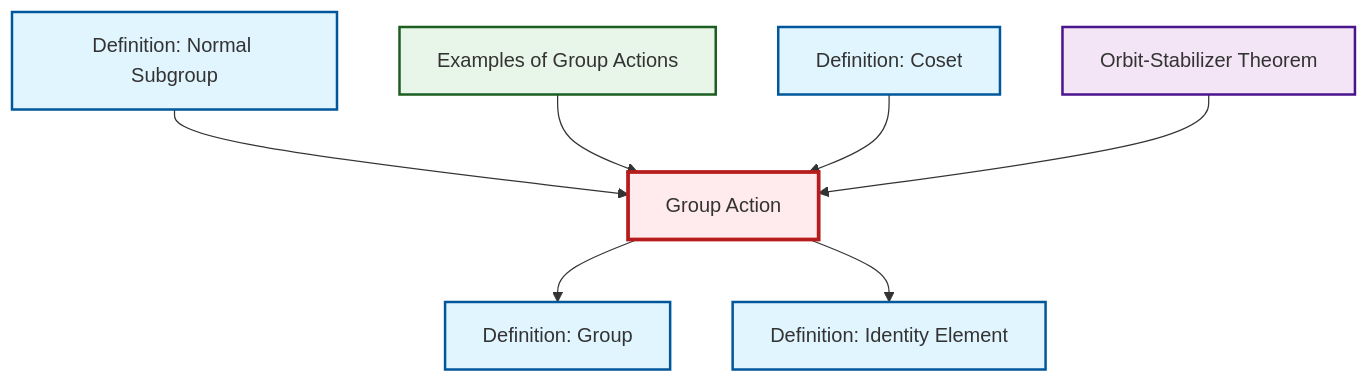
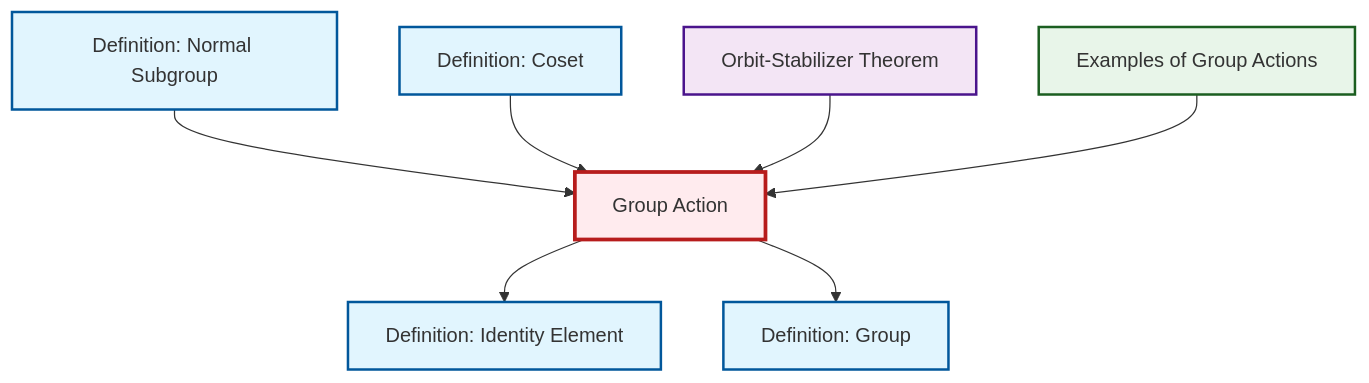
One commit to RK0429/ModernMath changed the diagram in content/en/algebra/def-group-action.qmd. Above: the diagram before and after it, drawn with Mermaid. The commit also changed other lines of this file and 531 other files, not shown here.

````diff
--- a/content/en/algebra/def-group-action.qmd
+++ b/content/en/algebra/def-group-action.qmd
@@ -60,29 +60,29 @@
 ```{mermaid}
 %%| fig-cap: "Local dependency graph"
 graph TD
     classDef definition fill:#e1f5fe,stroke:#01579b,stroke-width:2px
     classDef theorem fill:#f3e5f5,stroke:#4a148c,stroke-width:2px
     classDef axiom fill:#fff3e0,stroke:#e65100,stroke-width:2px
     classDef example fill:#e8f5e9,stroke:#1b5e20,stroke-width:2px
     classDef current fill:#ffebee,stroke:#b71c1c,stroke-width:3px
+    ex-group-action-examples["Examples of Group Actions"]:::example
+    thm-orbit-stabilizer["Orbit-Stabilizer Theorem"]:::theorem
+    def-group["Definition: Group"]:::definition
     def-normal-subgroup["Definition: Normal Subgroup"]:::definition
-    thm-orbit-stabilizer["Orbit-Stabilizer Theorem"]:::theorem
+    def-identity-element["Definition: Identity Element"]:::definition
     def-coset["Definition: Coset"]:::definition
-    def-identity-element["Definition: Identity Element"]:::definition
-    def-group["Definition: Group"]:::definition
     def-group-action["Group Action"]:::definition
-    ex-group-action-examples["Examples of Group Actions"]:::example
-    def-group-action --> def-group
     def-group-action --> def-identity-element
     def-normal-subgroup --> def-group-action
-    ex-group-action-examples --> def-group-action
     def-coset --> def-group-action
     thm-orbit-stabilizer --> def-group-action
+    ex-group-action-examples --> def-group-action
+    def-group-action --> def-group
     class def-group-action current
+    click ex-group-action-examples "ex-group-action-examples.html" "Go to Examples of Group Actions"
+    click thm-orbit-stabilizer "thm-orbit-stabilizer.html" "Go to Orbit-Stabilizer Theorem"
+    click def-group "def-group.html" "Go to Group definition"
     click def-normal-subgroup "def-normal-subgroup.html" "Go to Normal Subgroup definition"
-    click thm-orbit-stabilizer "thm-orbit-stabilizer.html" "Go to Orbit-Stabilizer Theorem"
+    click def-identity-element "def-identity-element.html" "Go to Identity Element definition"
     click def-coset "def-coset.html" "Go to Coset definition"
-    click def-identity-element "def-identity-element.html" "Go to Identity Element definition"
-    click def-group "def-group.html" "Go to Group definition"
-    click ex-group-action-examples "ex-group-action-examples.html" "Go to Examples of Group Actions"
 ```
````
